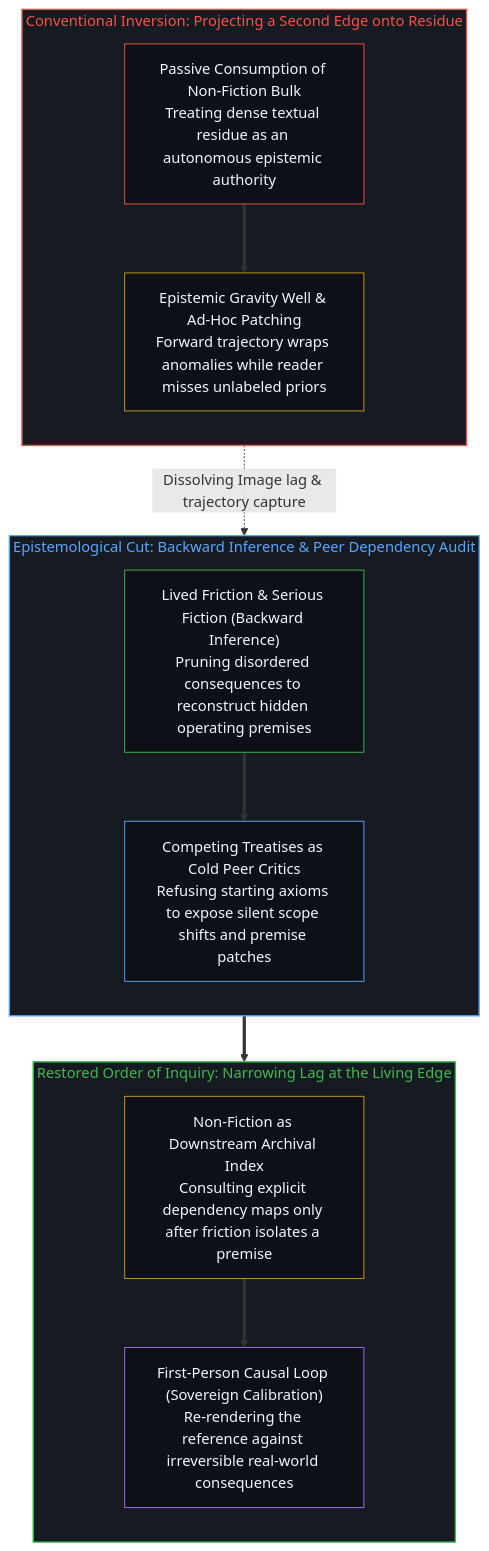
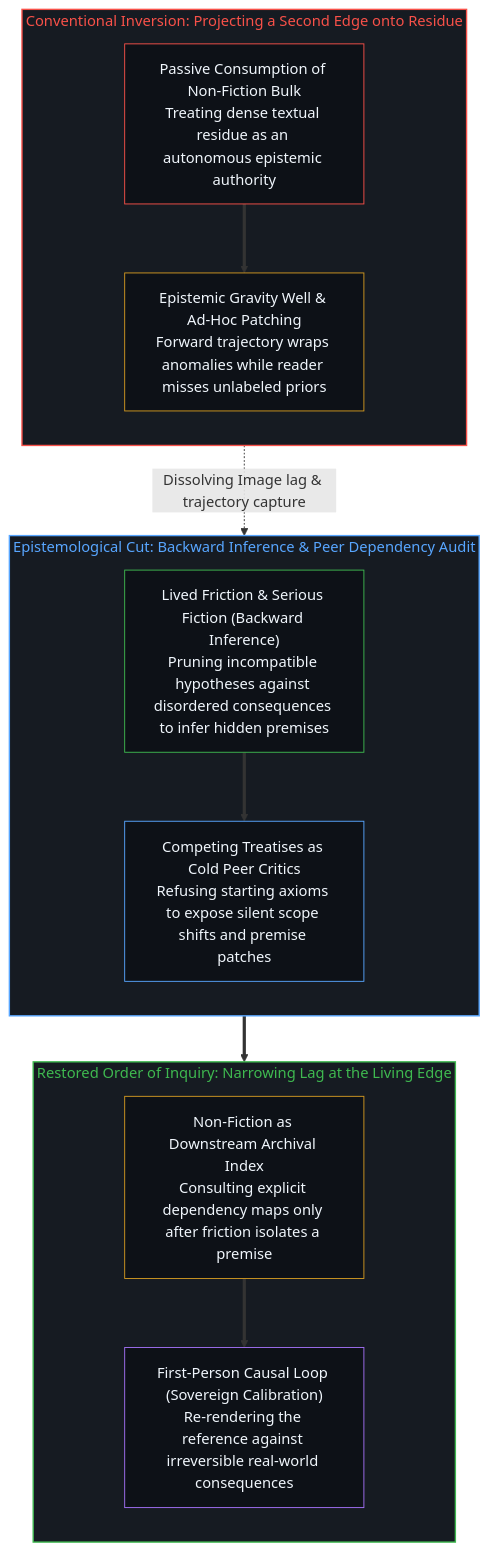
One commit to powerpig99/not-a-toe changed the second of 2 diagrams in content/posts/the-inversion-of-reading-and-the-order-of-inference.md. Above: the diagram before and after it, drawn with Mermaid. The commit also changed other lines of this file and 1 other file, not shown here.

Commit message:
Consolidate Deep Sleep Batch 12 (lane-agency): restore agency locus and fix backward-inference diagram node in the-inversion-of-reading-and-the-order-of-inference

````diff
--- a/content/posts/the-inversion-of-reading-and-the-order-of-inference.md
+++ b/content/posts/the-inversion-of-reading-and-the-order-of-inference.md
@@ -88,32 +88,32 @@
 ```mermaid
 flowchart TD
     subgraph S_LAG["Conventional Inversion: Projecting a Second Edge onto Residue"]
         direction TB
         N_REV["Passive Consumption of Non-Fiction Bulk<br/>Treating dense textual residue as an autonomous epistemic authority"]
         N_WELL["Epistemic Gravity Well & Ad-Hoc Patching<br/>Forward trajectory wraps anomalies while reader misses unlabeled priors"]
         N_REV ==> N_WELL
     end
     subgraph S_CUT["Epistemological Cut: Backward Inference & Peer Dependency Audit"]
         direction TB
-        N_BACK["Lived Friction & Serious Fiction (Backward Inference)<br/>Pruning disordered consequences to reconstruct hidden operating premises"]
+        N_BACK["Lived Friction & Serious Fiction (Backward Inference)<br/>Pruning incompatible hypotheses against disordered consequences to infer hidden premises"]
         N_COMP["Competing Treatises as Cold Peer Critics<br/>Refusing starting axioms to expose silent scope shifts and premise patches"]
         N_BACK ==> N_COMP
     end
     subgraph S_ORDER["Restored Order of Inquiry: Narrowing Lag at the Living Edge"]
         direction TB
         N_INDEX["Non-Fiction as Downstream Archival Index<br/>Consulting explicit dependency maps only after friction isolates a premise"]
         N_EDGE["First-Person Causal Loop (Sovereign Calibration)<br/>Re-rendering the reference against irreversible real-world consequences"]
         N_INDEX ==> N_EDGE
     end
     N_WELL -. "Dissolving Image lag & trajectory capture" .-> N_BACK
     N_COMP ==> N_INDEX
     style S_LAG fill:#161b22,stroke:#f85149,stroke-width:1.5px,color:#f85149
     style S_CUT fill:#161b22,stroke:#58a6ff,stroke-width:1.5px,color:#58a6ff
     style S_ORDER fill:#161b22,stroke:#3fb950,stroke-width:1.5px,color:#3fb950
     style N_REV fill:#0d1117,stroke:#f85149,stroke-width:1px,color:#f0f6fc
     style N_WELL fill:#0d1117,stroke:#d29922,stroke-width:1px,color:#f0f6fc
     style N_BACK fill:#0d1117,stroke:#3fb950,stroke-width:1px,color:#f0f6fc
     style N_COMP fill:#0d1117,stroke:#58a6ff,stroke-width:1px,color:#f0f6fc
     style N_INDEX fill:#0d1117,stroke:#d29922,stroke-width:1px,color:#f0f6fc
     style N_EDGE fill:#0d1117,stroke:#a371f7,stroke-width:1px,color:#f0f6fc
 ```
````
